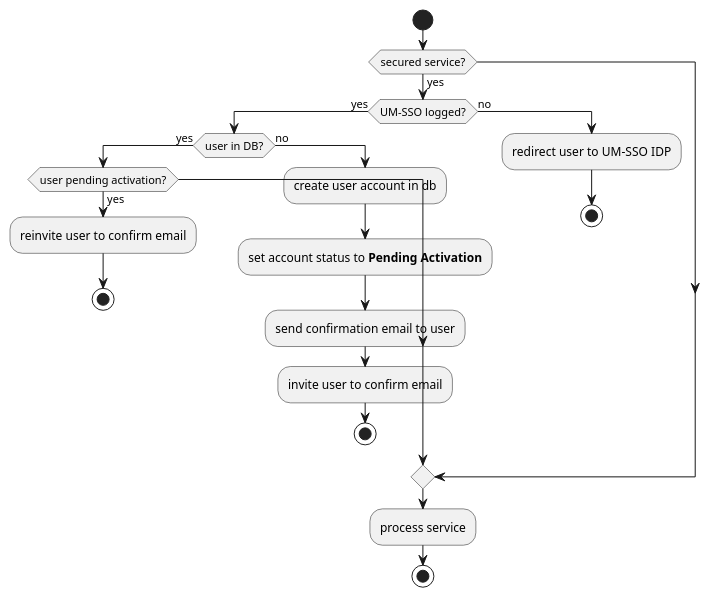
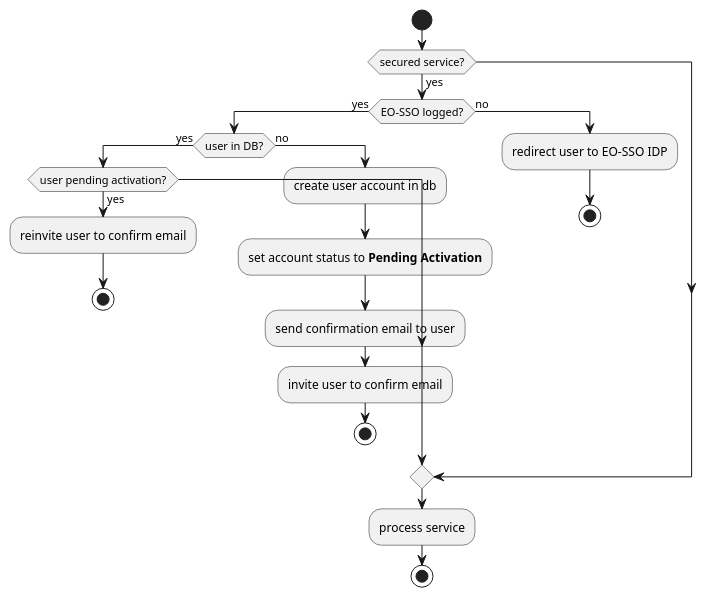
One commit to urban-tep/DDF-SDD changed the first of 2 diagrams in source/groups/group___auth___umsso.rst. Above: the diagram before and after it, drawn with PlantUML. The commit also changed other lines of this file and 7 other files, not shown here.

```diff
--- a/source/groups/group___auth___umsso.rst
+++ b/source/groups/group___auth___umsso.rst
@@ -25,27 +25,27 @@
 .. uml::
-	:caption: User login with UM-SSO activity diagram
+	:caption: User login with EO-SSO activity diagram
 	:align: center
 
 
 	start
 	    if (secured service?) then (yes)
-	      if (UM-SSO logged?) then (yes)
+	      if (EO-SSO logged?) then (yes)
 	        if (user in DB?) then (yes)
 	          if (user pending activation?) then (yes)
 	            :reinvite user to confirm email;
 	            stop
 	          endif 
 	        else (no)
 	          :create user account in db;
 	          :set account status to **Pending Activation**;
 	          :send confirmation email to user;
 	          :invite user to confirm email;
 	          stop
 	        endif
 	      else (no)
-	        :redirect user to UM-SSO IDP;
+	        :redirect user to EO-SSO IDP;
 	        stop
 	      endif
 	    endif
 	    :process service;
 	stop
```
